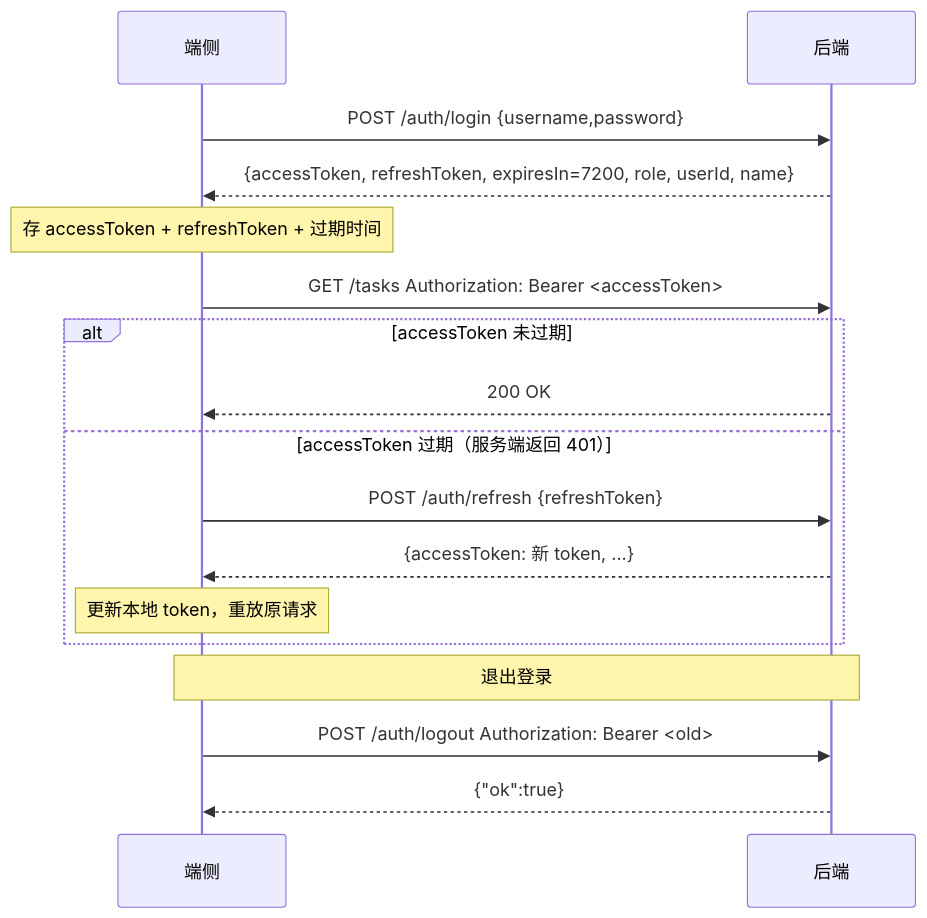
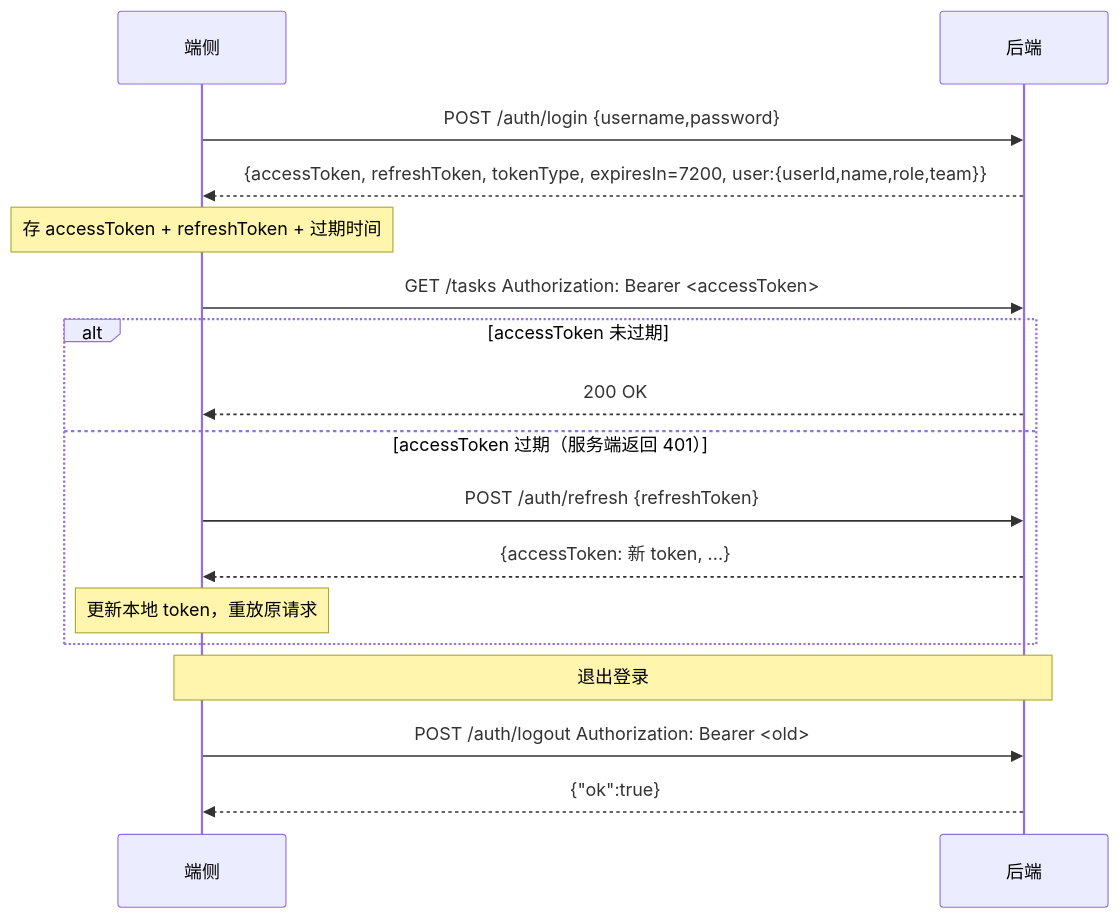
The first of 4 diagrams in docs/端侧开发一站式文档.md (Chengzhen-del/Future-Cup), drawn with Mermaid before and after one commit. The commit also changed other lines of this file and 2 other files, not shown here.

First line of the commit message:
fix: PDF 长文本跨页导致 500（Table splitInRow）；docs 修正登录返回结构为嵌套 user

````diff
--- a/docs/端侧开发一站式文档.md
+++ b/docs/端侧开发一站式文档.md
@@ -129,22 +130,22 @@
 ```mermaid
 sequenceDiagram
     participant C as 端侧
     participant S as 后端
 
     C->>S: POST /auth/login {username,password}
-    S-->>C: {accessToken, refreshToken, expiresIn=7200, role, userId, name}
+    S-->>C: {accessToken, refreshToken, tokenType, expiresIn=7200, user:{userId,name,role,team}}
     Note over C: 存 accessToken + refreshToken + 过期时间
 
     C->>S: GET /tasks  Authorization: Bearer <accessToken>
     alt accessToken 未过期
         S-->>C: 200 OK
     else accessToken 过期（服务端返回 401）
         C->>S: POST /auth/refresh {refreshToken}
         S-->>C: {accessToken: 新 token, ...}
         Note over C: 更新本地 token，重放原请求
     end
 
     Note over C, S: 退出登录
     C->>S: POST /auth/logout  Authorization: Bearer <old>
     S-->>C: {"ok":true}
 ```
````
